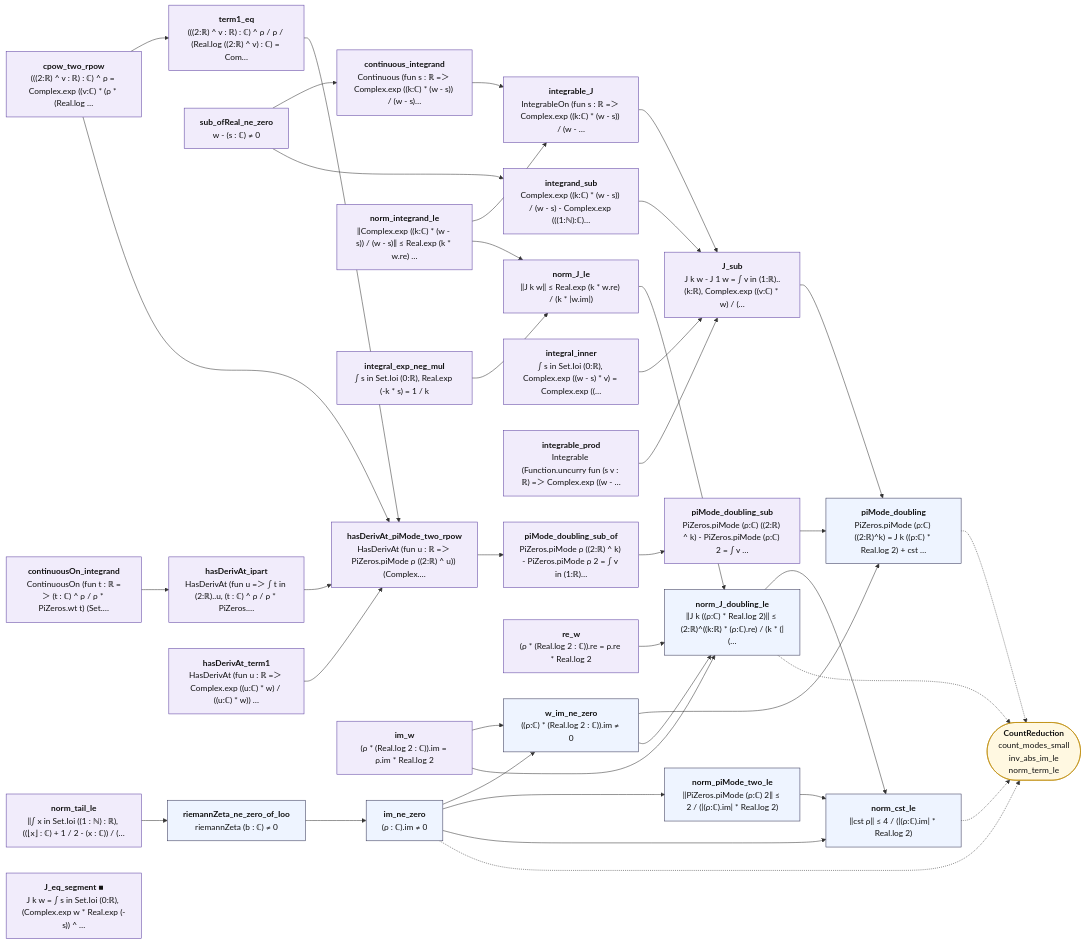
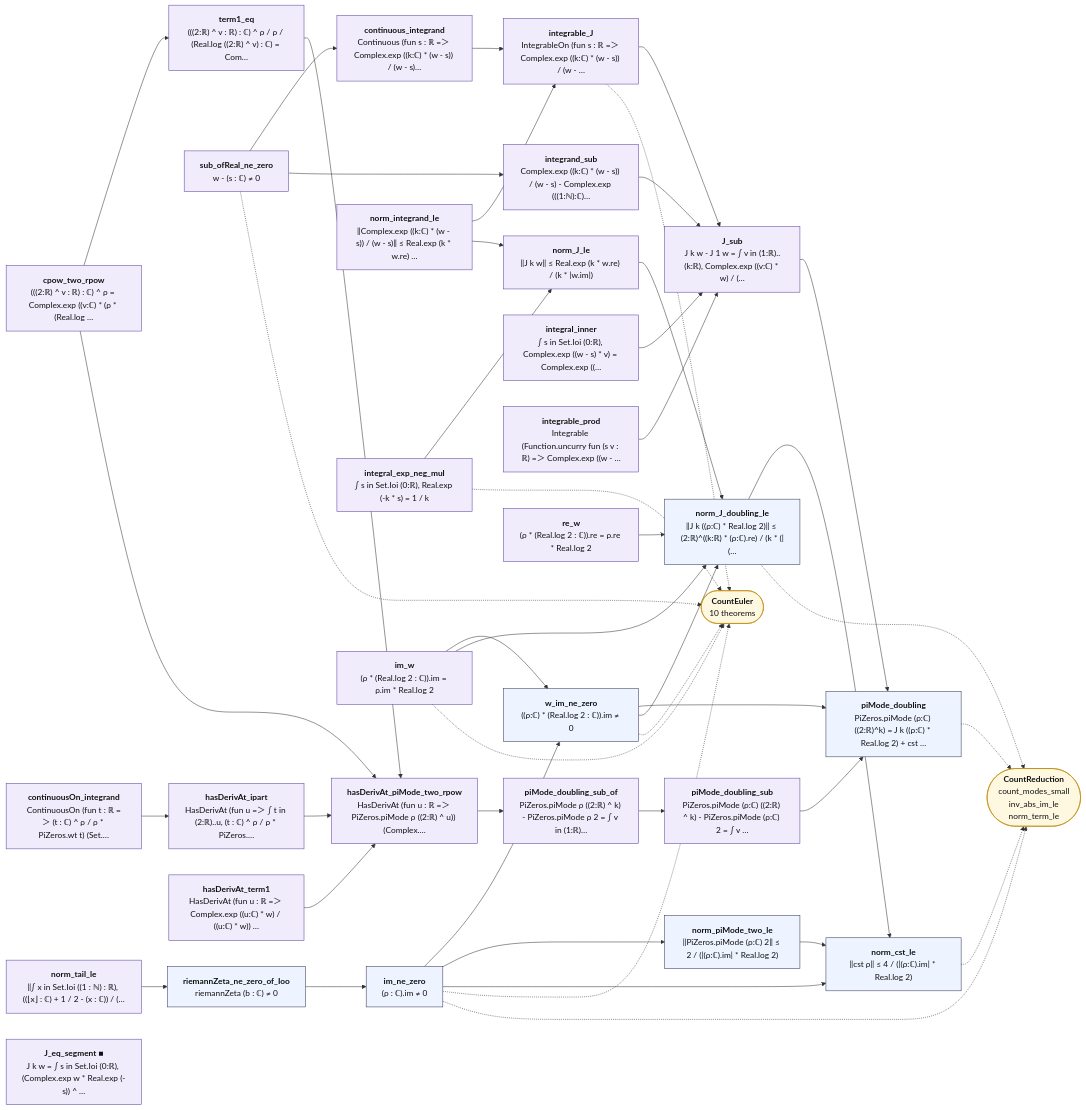
Before and after one commit to juliansambranojr/Primebeat_081426: the diagram in map/lean_stage3/CountModes.mmd, drawn with Mermaid. The commit also changed 39 other files, not shown here.

```diff
--- a/map/lean_stage3/CountModes.mmd
+++ b/map/lean_stage3/CountModes.mmd
@@ -1,76 +1,83 @@
 flowchart LR
   n0["<b>norm_tail_le</b><br/>‖∫ x in Set.Ioi ((1 : ℕ) : ℝ), ((⌊x⌋ : ℂ) + 1 / 2 - (x : ℂ)) / (…"]:::shp
   n1["<b>riemannZeta_ne_zero_of_Ioo</b><br/>riemannZeta (b : ℂ) ≠ 0"]:::thm
   n2["<b>im_ne_zero</b><br/>(ρ : ℂ).im ≠ 0"]:::thm
   n3["<b>sub_ofReal_ne_zero</b><br/>w - (s : ℂ) ≠ 0"]:::shp
   n4["<b>continuous_integrand</b><br/>Continuous (fun s : ℝ =＞ Complex.exp ((k:ℂ) * (w - s)) / (w - s)…"]:::shp
   n5["<b>norm_integrand_le</b><br/>‖Complex.exp ((k:ℂ) * (w - s)) / (w - s)‖ ≤ Real.exp (k * w.re) …"]:::shp
   n6["<b>integral_exp_neg_mul</b><br/>∫ s in Set.Ioi (0:ℝ), Real.exp (-k * s) = 1 / k"]:::shp
   n7["<b>integrable_J</b><br/>IntegrableOn (fun s : ℝ =＞ Complex.exp ((k:ℂ) * (w - s)) / (w - …"]:::shp
   n8["<b>norm_J_le</b><br/>‖J k w‖ ≤ Real.exp (k * w.re) / (k * |w.im|)"]:::shp
   n9["<b>integrand_sub</b><br/>Complex.exp ((k:ℂ) * (w - s)) / (w - s) - Complex.exp (((1:ℕ):ℂ)…"]:::shp
   n10["<b>integral_inner</b><br/>∫ s in Set.Ioi (0:ℝ), Complex.exp ((w - s) * v) = Complex.exp ((…"]:::shp
   n11["<b>integrable_prod</b><br/>Integrable (Function.uncurry fun (s v : ℝ) =＞ Complex.exp ((w - …"]:::shp
   n12["<b>J_sub</b><br/>J k w - J 1 w = ∫ v in (1:ℝ)..(k:ℝ), Complex.exp ((v:ℂ) * w) / (…"]:::shp
   n13["<b>cpow_two_rpow</b><br/>(((2:ℝ) ^ v : ℝ) : ℂ) ^ ρ = Complex.exp ((v:ℂ) * (ρ * (Real.log …"]:::shp
   n14["<b>term1_eq</b><br/>(((2:ℝ) ^ v : ℝ) : ℂ) ^ ρ / ρ / (Real.log ((2:ℝ) ^ v) : ℂ) = Com…"]:::shp
   n15["<b>continuousOn_integrand</b><br/>ContinuousOn (fun t : ℝ =＞ (t : ℂ) ^ ρ / ρ * PiZeros.wt t) (Set.…"]:::shp
   n16["<b>hasDerivAt_ipart</b><br/>HasDerivAt (fun u =＞ ∫ t in (2:ℝ)..u, (t : ℂ) ^ ρ / ρ * PiZeros.…"]:::shp
   n17["<b>hasDerivAt_term1</b><br/>HasDerivAt (fun u : ℝ =＞ Complex.exp ((u:ℂ) * w) / ((u:ℂ) * w)) …"]:::shp
   n18["<b>hasDerivAt_piMode_two_rpow</b><br/>HasDerivAt (fun u : ℝ =＞ PiZeros.piMode ρ ((2:ℝ) ^ u)) (Complex.…"]:::shp
   n19["<b>piMode_doubling_sub_of</b><br/>PiZeros.piMode ρ ((2:ℝ) ^ k) - PiZeros.piMode ρ 2 = ∫ v in (1:ℝ)…"]:::shp
   n20["<b>piMode_doubling_sub</b><br/>PiZeros.piMode (ρ:ℂ) ((2:ℝ) ^ k) - PiZeros.piMode (ρ:ℂ) 2 = ∫ v …"]:::shp
   n21["<b>im_w</b><br/>(ρ * (Real.log 2 : ℂ)).im = ρ.im * Real.log 2"]:::shp
   n22["<b>re_w</b><br/>(ρ * (Real.log 2 : ℂ)).re = ρ.re * Real.log 2"]:::shp
   n23["<b>w_im_ne_zero</b><br/>((ρ:ℂ) * (Real.log 2 : ℂ)).im ≠ 0"]:::thm
   n24["<b>piMode_doubling</b><br/>PiZeros.piMode (ρ:ℂ) ((2:ℝ)^k) = J k ((ρ:ℂ) * Real.log 2) + cst …"]:::thm
   n25["<b>norm_J_doubling_le</b><br/>‖J k ((ρ:ℂ) * Real.log 2)‖ ≤ (2:ℝ)^((k:ℝ) * (ρ:ℂ).re) / (k * (|(…"]:::thm
   n26["<b>norm_piMode_two_le</b><br/>‖PiZeros.piMode (ρ:ℂ) 2‖ ≤ 2 / (|(ρ:ℂ).im| * Real.log 2)"]:::thm
   n27["<b>norm_cst_le</b><br/>‖cst ρ‖ ≤ 4 / (|(ρ:ℂ).im| * Real.log 2)"]:::thm
   n28["<b>J_eq_segment ■</b><br/>J k w = ∫ s in Set.Ioi (0:ℝ), (Complex.exp w * Real.exp (-s)) ^ …"]:::shp
-  x0(["<b>CountReduction</b><br/>count_modes_small<br/>inv_abs_im_le<br/>norm_term_le"]):::ext
+  x0(["<b>CountEuler</b><br/>10 theorems"]):::ext
+  x1(["<b>CountReduction</b><br/>count_modes_small<br/>inv_abs_im_le<br/>norm_term_le"]):::ext
   n0 --> n1
   n1 --> n2
   n10 --> n12
   n11 --> n12
   n12 --> n24
   n13 --> n14
   n13 --> n18
   n14 --> n18
   n15 --> n16
   n16 --> n18
   n17 --> n18
   n18 --> n19
   n19 --> n20
   n2 --> n23
   n2 --> n26
   n2 --> n27
   n20 --> n24
   n21 --> n23
   n21 --> n25
   n22 --> n25
   n23 --> n24
   n23 --> n25
   n25 --> n27
   n26 --> n27
   n3 --> n4
   n3 --> n9
   n4 --> n7
   n5 --> n7
   n5 --> n8
   n6 --> n8
   n7 --> n12
   n8 --> n25
   n9 --> n12
   n2 -.-> x0
-  n24 -.-> x0
-  n25 -.-> x0
-  n27 -.-> x0
+  n2 -.-> x1
+  n21 -.-> x0
+  n23 -.-> x0
+  n24 -.-> x1
+  n25 -.-> x1
+  n27 -.-> x1
+  n3 -.-> x0
+  n6 -.-> x0
+  n7 -.-> x0
   classDef cnt fill:#dff5ec,stroke:#17694a,color:#111
   classDef shp fill:#f1ecfb,stroke:#5b3fa0,color:#111
   classDef rh fill:#ffe5e5,stroke:#c22,color:#111,stroke-width:2px
   classDef thm fill:#eef4ff,stroke:#335,color:#111
   classDef end_ fill:#e7f7e7,stroke:#2a7,color:#111,stroke-width:2px
   classDef lone fill:#fff,stroke:#999,color:#111,stroke-dasharray:4 3
   classDef bad fill:#ffe5e5,stroke:#c22,color:#111,stroke-width:2px
   classDef ext fill:#fff8e1,stroke:#b80,color:#111
```
